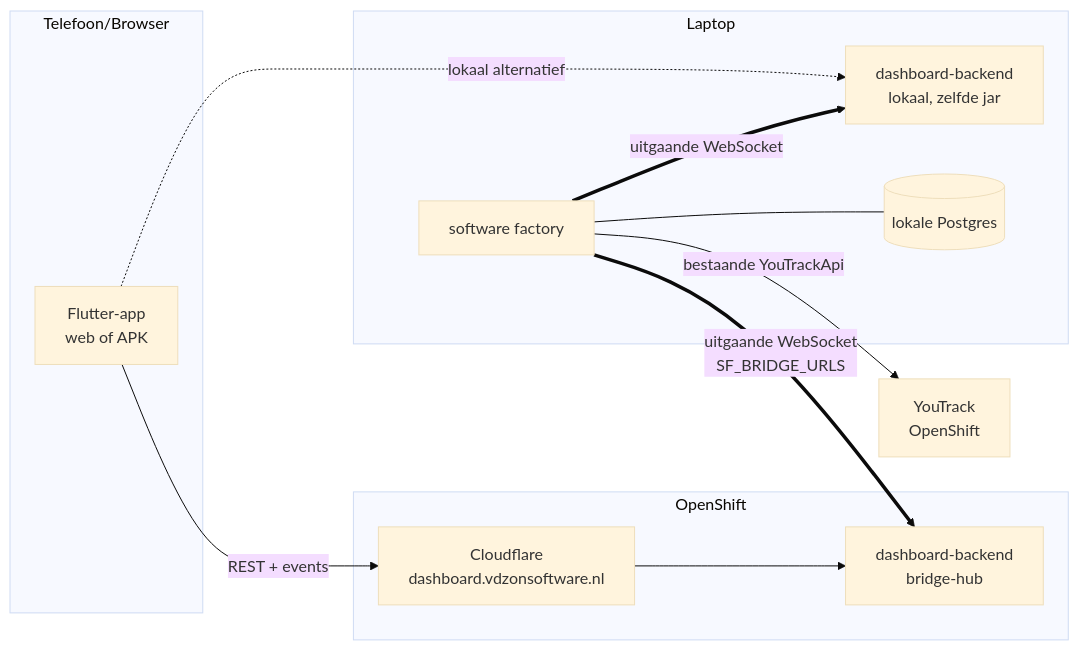
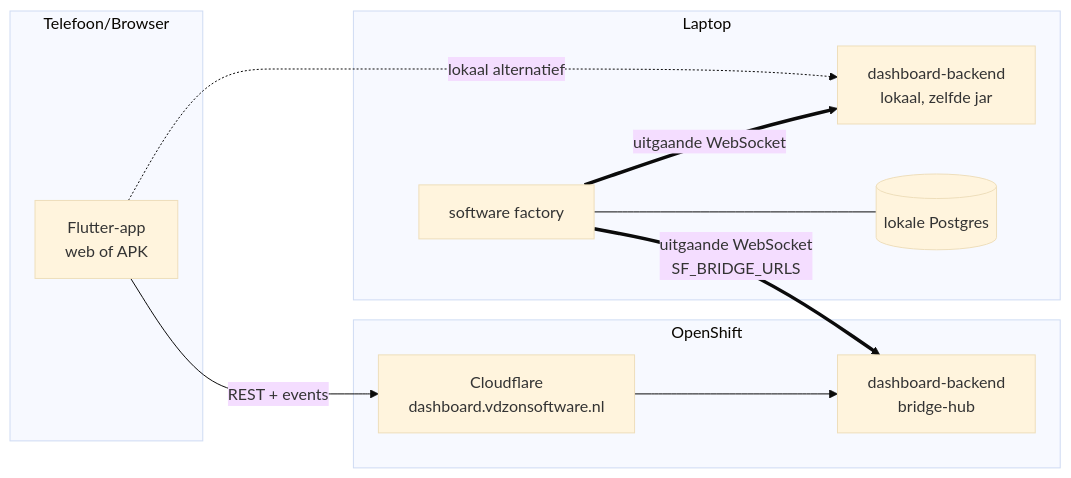
One commit to robbertvdzon/software-factory changed the diagram in docs/ontwerp-bridge-dashboard.md. Above: the diagram before and after it, drawn with Mermaid (base theme). The commit also changed other lines of this file and 24 other files, not shown here.

First line of the commit message:
docs: verwijder resterende YouTrack-referenties uit documentatie

````diff
--- a/docs/ontwerp-bridge-dashboard.md
+++ b/docs/ontwerp-bridge-dashboard.md
@@ -126,22 +126,20 @@
 ```mermaid
 flowchart LR
     subgraph Telefoon/Browser
       FL[Flutter-app<br/>web of APK]
     end
     subgraph OpenShift
       CF[Cloudflare<br/>dashboard.vdzonsoftware.nl] --> BE1[dashboard-backend<br/>bridge-hub]
     end
     subgraph Laptop
       BE2[dashboard-backend<br/>lokaal, zelfde jar]
       SF[software factory]
       DB[(lokale Postgres)]
       SF --- DB
     end
-    YT[YouTrack<br/>OpenShift]
 
     FL -->|REST + events| CF
     FL -.->|lokaal alternatief| BE2
     SF ==>|uitgaande WebSocket<br/>SF_BRIDGE_URLS| BE1
     SF ==>|uitgaande WebSocket| BE2
-    SF -->|bestaande YouTrackApi| YT
 ```
````
